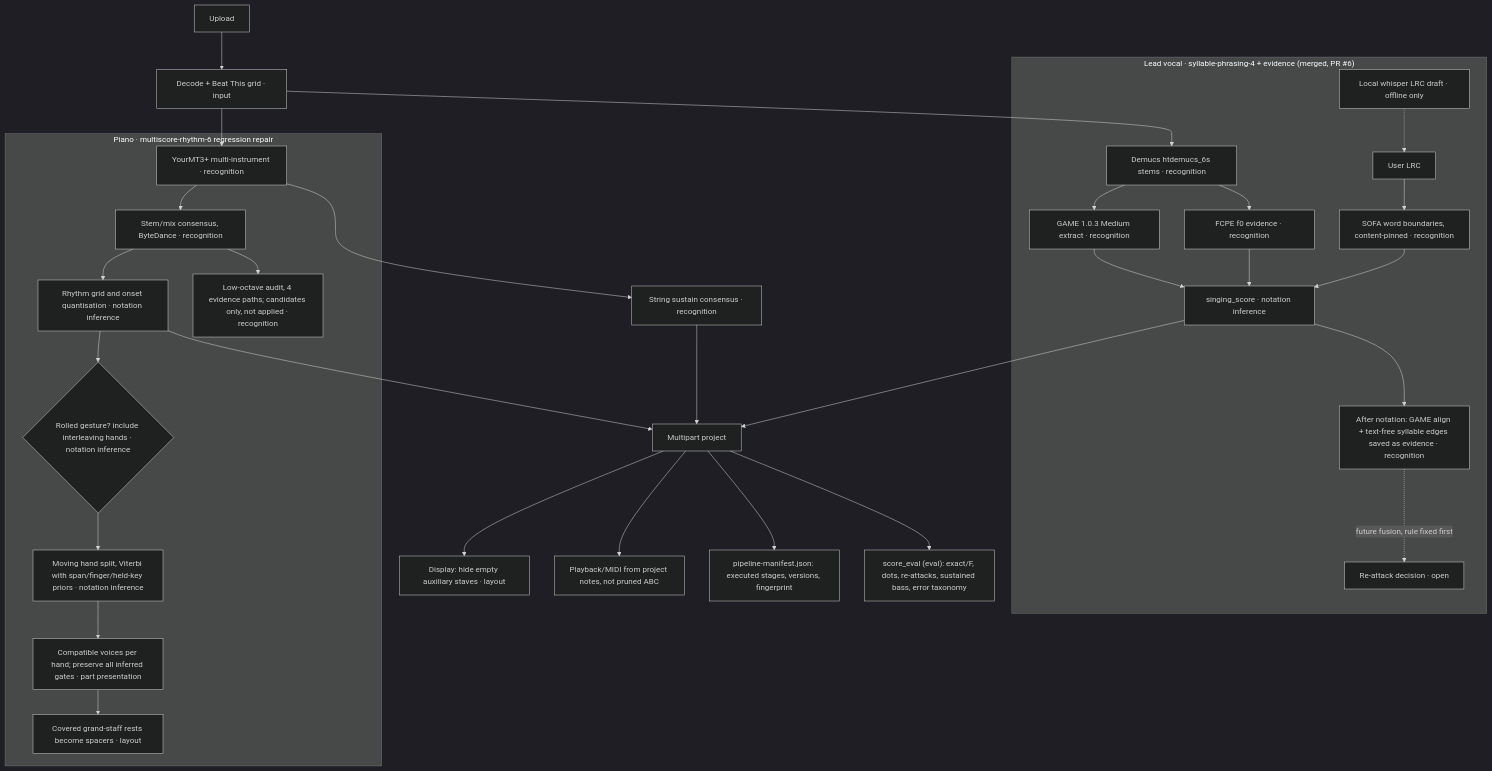
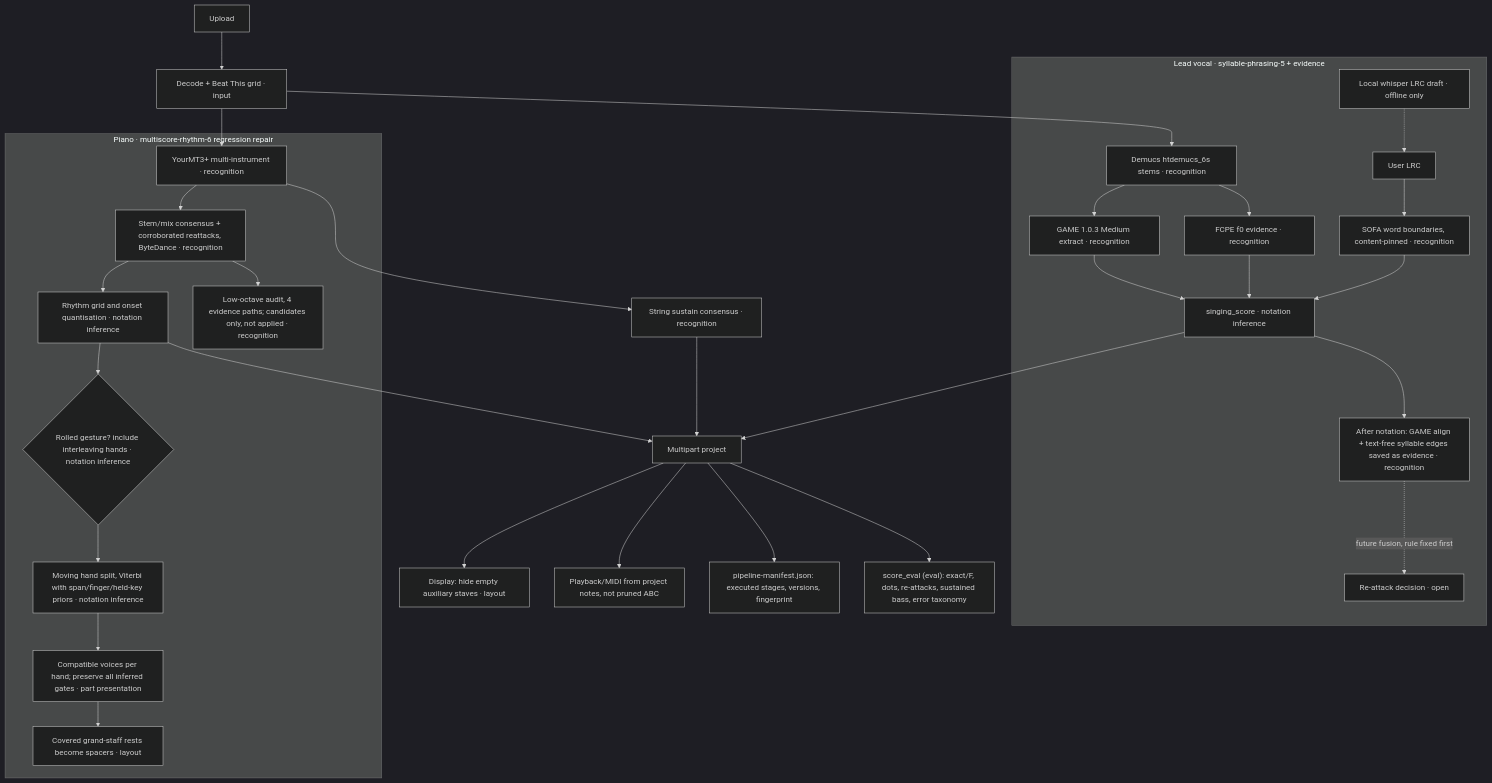
Before and after one commit to zzzhhn/coro-workbench: the diagram in docs/PIPELINE.md, drawn with Mermaid (dark theme). The commit also changed other lines of this file and 1 other file, not shown here.

Commit message:
docs: hand off accepted piano and vocal baseline with research lead

````diff
--- a/docs/PIPELINE.md
+++ b/docs/PIPELINE.md
@@ -36,37 +60,37 @@
 ```mermaid
 flowchart TD
   A[Upload] --> B[Decode + Beat This grid · input]
   B --> SEP[Demucs htdemucs_6s stems · recognition]
   B --> MT[YourMT3+ multi-instrument · recognition]
 
-  subgraph Vocal["Lead vocal · syllable-phrasing-4 + evidence (merged, PR #6)"]
+  subgraph Vocal["Lead vocal · syllable-phrasing-5 + evidence"]
     SEP --> GE[GAME 1.0.3 Medium extract · recognition]
     SEP --> FC[FCPE f0 evidence · recognition]
     LRC[User LRC] --> SOFA[SOFA word boundaries, content-pinned · recognition]
     ASR[Local whisper LRC draft · offline only] -.-> LRC
     GE --> SS[singing_score · notation inference]
     FC --> SS
     SOFA --> SS
     SS --> EVD[After notation: GAME align + text-free syllable edges saved as evidence · recognition]
     EVD -.->|future fusion, rule fixed first| RX[Re-attack decision · open]
   end
 
   subgraph Piano["Piano · multiscore-rhythm-6 regression repair"]
-    MT --> PC[Stem/mix consensus, ByteDance · recognition]
+    MT --> PC[Stem/mix consensus + corroborated reattacks, ByteDance · recognition]
     PC --> PR[Rhythm grid and onset quantisation · notation inference]
     PR --> PA{Rolled gesture? include interleaving hands · notation inference}
     PA --> PH[Moving hand split, Viterbi with span/finger/held-key priors · notation inference]
     PH --> PV[Compatible voices per hand; preserve all inferred gates · part presentation]
     PV --> PL[Covered grand-staff rests become spacers · layout]
     PC --> PO[Low-octave audit, 4 evidence paths; candidates only, not applied · recognition]
   end
 
   MT --> STR[String sustain consensus · recognition]
   SS --> PRJ[Multipart project]
   PR --> PRJ
   STR --> PRJ
   PRJ --> VIEW[Display: hide empty auxiliary staves · layout]
   PRJ --> AUD[Playback/MIDI from project notes, not pruned ABC]
   PRJ --> MAN[pipeline-manifest.json: executed stages, versions, fingerprint]
   PRJ --> EV["score_eval (eval): exact/F, dots, re-attacks, sustained bass, error taxonomy"]
 ```
````
